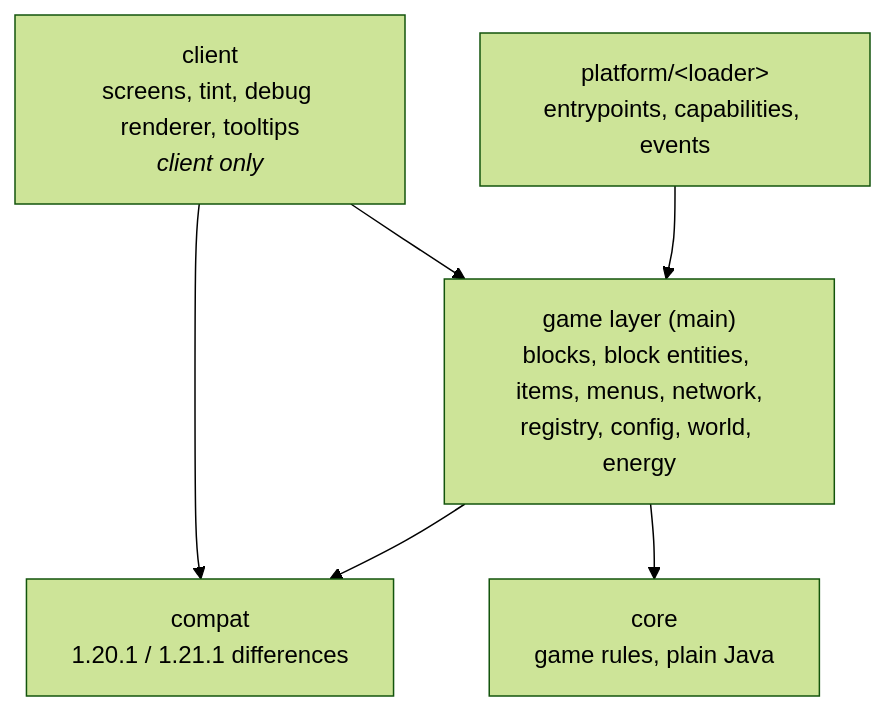
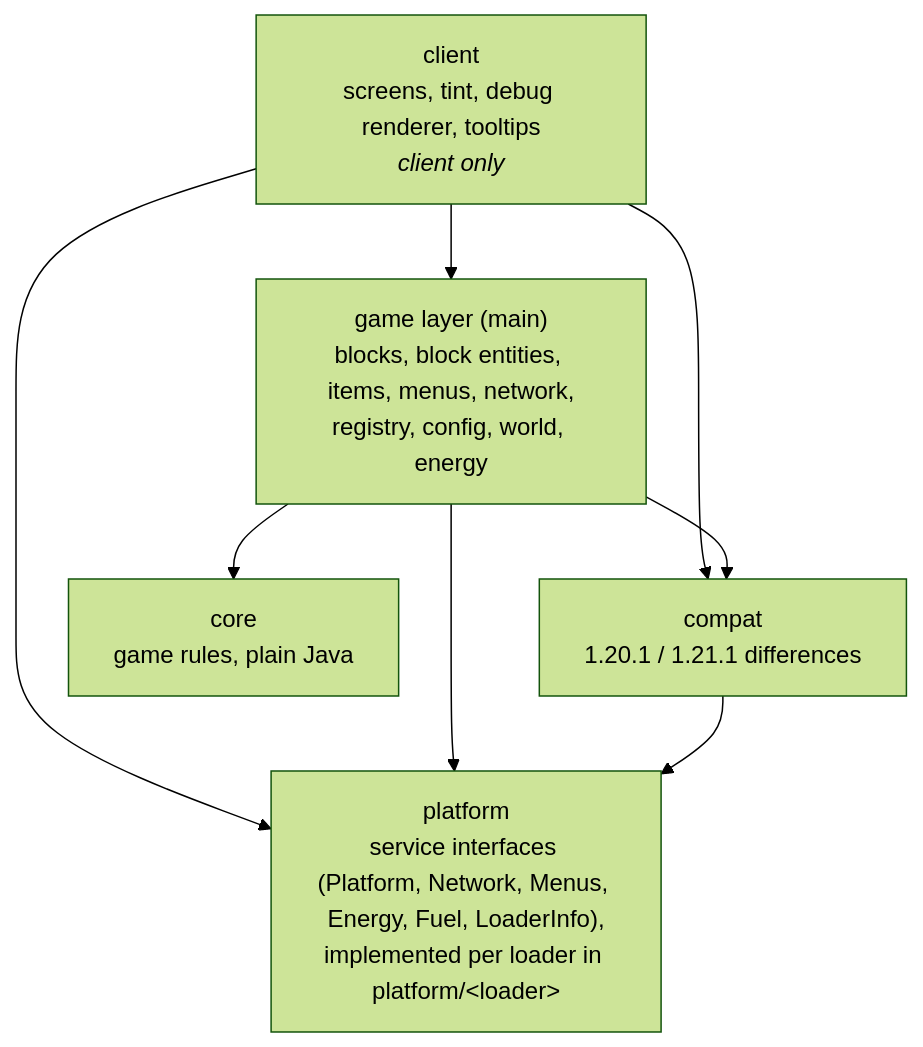
One commit to OpenModularTurretsTeam/OpenModularLighting changed the first of 2 diagrams in docs/architecture.md. Above: the diagram before and after it, drawn with Mermaid (forest theme). The commit also changed other lines of this file, not shown here.

Commit message:
docs: show platform as service interfaces in the layer diagram
- platform is now the service-interface layer used by client, game and
  compat; platform/<loader> implements and installs the services
- the entrypoints in platform/<loader> are named as the one exception
  that references game classes

````diff
--- a/docs/architecture.md
+++ b/docs/architecture.md
@@ -19,13 +19,15 @@
 ```mermaid
 flowchart TB
     client["client<br/>screens, tint, debug renderer, tooltips<br/><i>client only</i>"]
     game["game layer (main)<br/>blocks, block entities, items, menus, network,<br/>registry, config, world, energy"]
-    platform["platform/&lt;loader&gt;<br/>entrypoints, capabilities, events"]
     compat["compat<br/>1.20.1 / 1.21.1 differences"]
+    platform["platform<br/>service interfaces (Platform, Network, Menus, Energy, Fuel, LoaderInfo),<br/>implemented per loader in platform/&lt;loader&gt;"]
     core["core<br/>game rules, plain Java"]
     client --> game
     client --> compat
+    client --> platform
     game --> compat
+    game --> platform
     game --> core
-    platform --> game
+    compat --> platform
 ```
````
